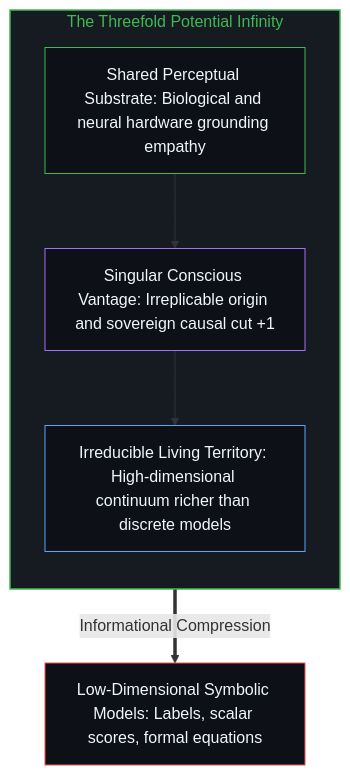
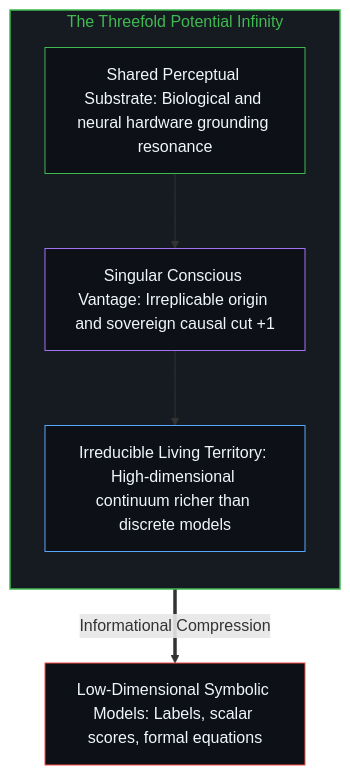
The second of 10 diagrams in content/posts/the-shadow-and-the-infinite.md (powerpig99/not-a-toe), drawn with Mermaid before and after one commit. The commit also changed other lines of this file and 5 other files, not shown here.

````diff
--- a/content/posts/the-shadow-and-the-infinite.md
+++ b/content/posts/the-shadow-and-the-infinite.md
@@ -48,20 +46,18 @@
 ```mermaid
 flowchart TD
     subgraph ThreefoldInfinity["The Threefold Potential Infinity"]
         direction TB
-        SubstrateFold["Shared Perceptual Substrate: Biological and neural hardware grounding empathy"]
+        SubstrateFold["Shared Perceptual Substrate: Biological and neural hardware grounding resonance"]
         PerspectiveFold["Singular Conscious Vantage: Irreplicable origin and sovereign causal cut +1"]
         TerritoryFold["Irreducible Living Territory: High-dimensional continuum richer than discrete models"]
         SubstrateFold --> PerspectiveFold
         PerspectiveFold --> TerritoryFold
     end
-
     LowDModel["Low-Dimensional Symbolic Models: Labels, scalar scores, formal equations"]
     TerritoryFold ==>|"Informational Compression"| LowDModel
-
     style ThreefoldInfinity fill:#161b22,stroke:#3fb950,stroke-width:1.5px,color:#3fb950
     style SubstrateFold fill:#0d1117,stroke:#3fb950,stroke-width:1px,color:#f0f6fc
     style PerspectiveFold fill:#0d1117,stroke:#a371f7,stroke-width:1px,color:#f0f6fc
     style TerritoryFold fill:#0d1117,stroke:#58a6ff,stroke-width:1px,color:#f0f6fc
     style LowDModel fill:#0d1117,stroke:#f85149,stroke-width:1px,color:#f0f6fc
 ```
````
